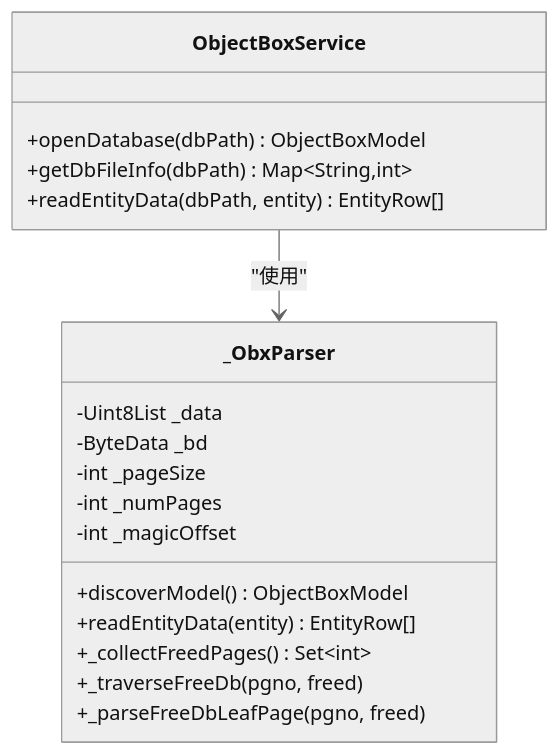
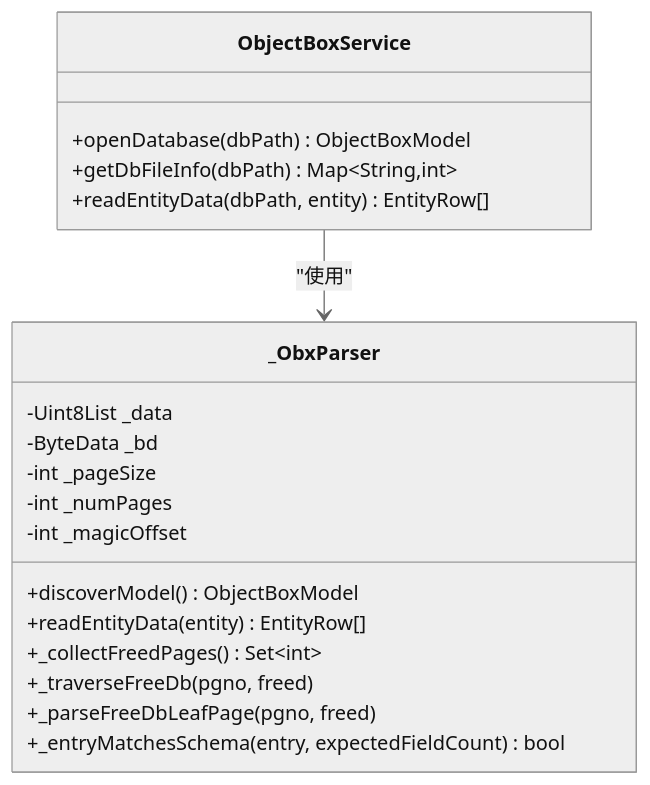
One commit to kongpf8848/objectbox_viewer changed the third of 7 diagrams in .qoder/repowiki/zh/content/架构设计/服务层架构.md. Above: the diagram before and after it, drawn with Mermaid (neutral theme). The commit also changed other lines of this file and 8 other files, not shown here.

````diff
--- a/.qoder/repowiki/zh/content/架构设计/服务层架构.md
+++ b/.qoder/repowiki/zh/content/架构设计/服务层架构.md
@@ -176,21 +194,22 @@
 ```mermaid
 classDiagram
 class ObjectBoxService {
 +openDatabase(dbPath) ObjectBoxModel
 +getDbFileInfo(dbPath) Map~String,int~
 +readEntityData(dbPath, entity) EntityRow[]
 }
 class _ObxParser {
 -Uint8List _data
 -ByteData _bd
 -int _pageSize
 -int _numPages
 -int _magicOffset
 +discoverModel() ObjectBoxModel
 +readEntityData(entity) EntityRow[]
 +_collectFreedPages() Set~int~
 +_traverseFreeDb(pgno, freed)
 +_parseFreeDbLeafPage(pgno, freed)
++_entryMatchesSchema(entry, expectedFieldCount) bool
 }
 ObjectBoxService --> _ObxParser : "使用"
 ```
````
